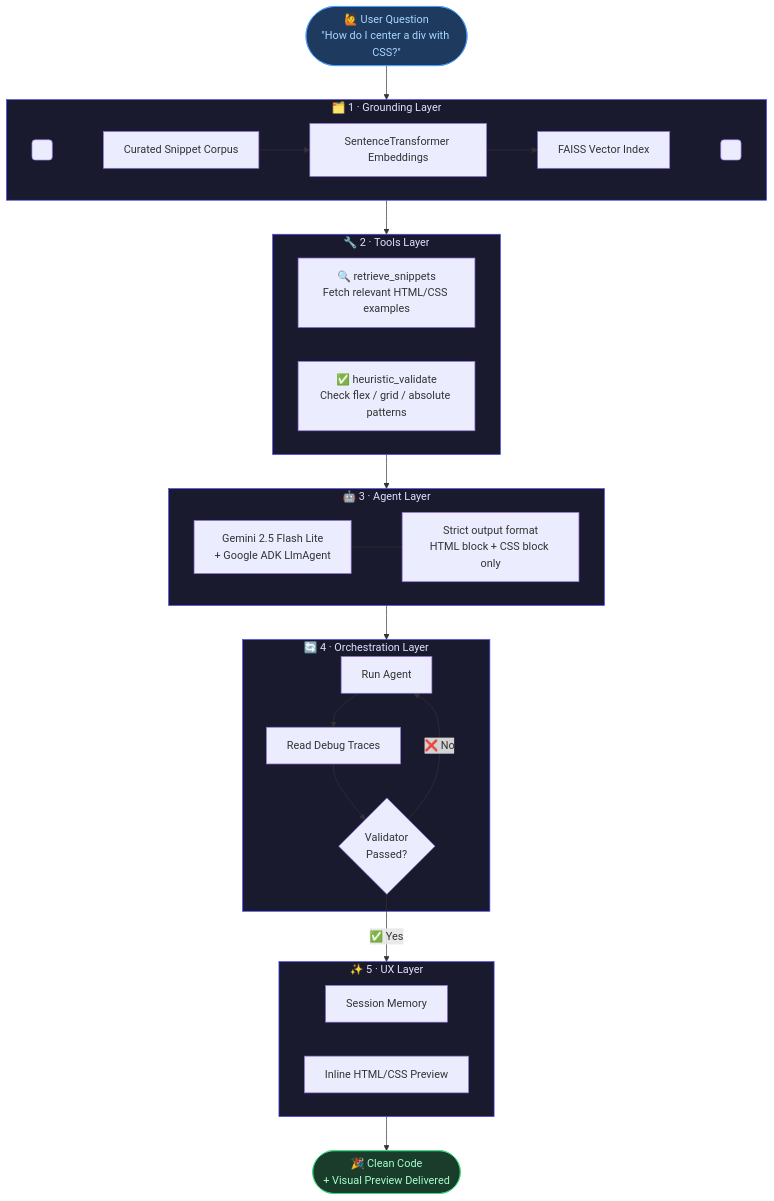
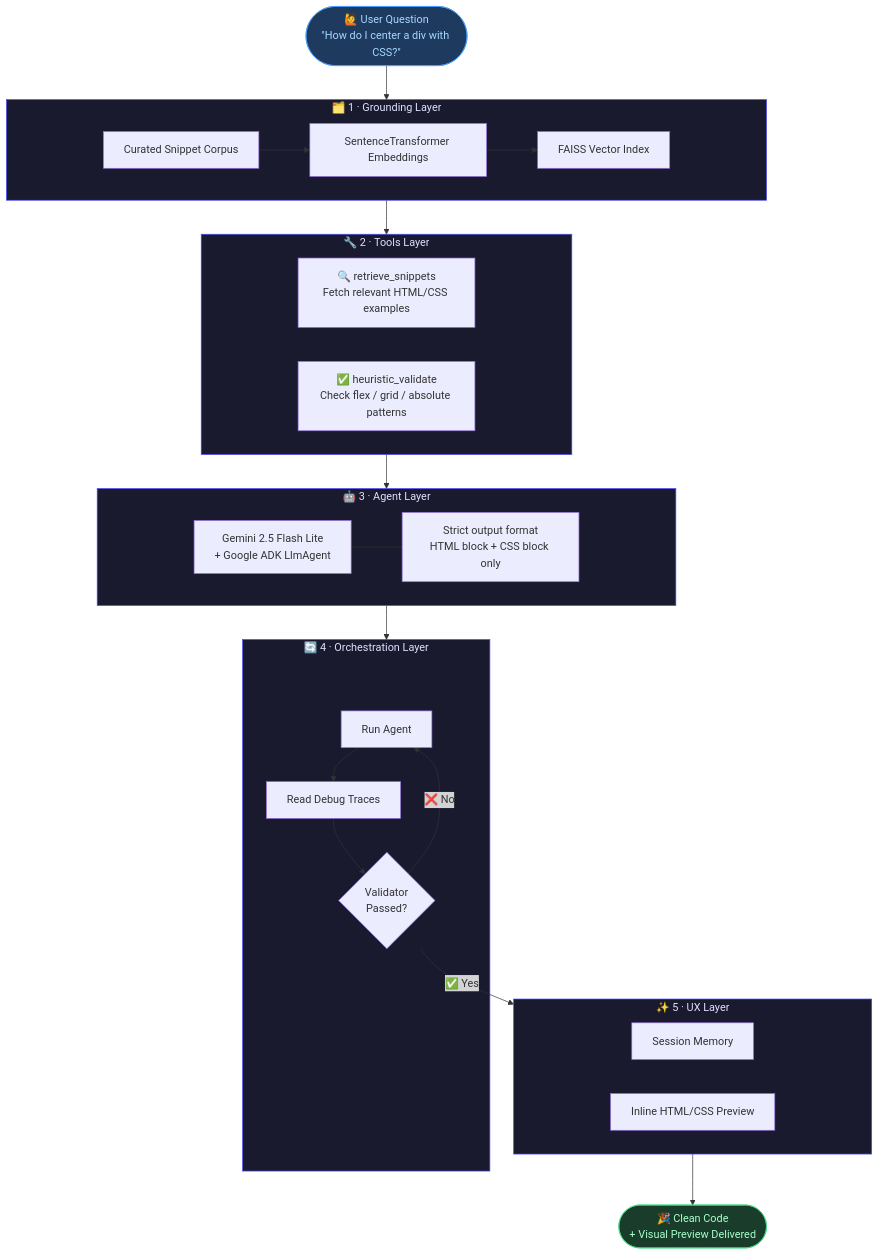
Before and after one commit to Arbaz9234/frontend-tutor-agent: the diagram in README.md, drawn with Mermaid.

````diff
--- a/README.md
+++ b/README.md
@@ -63,57 +63,69 @@
 ```mermaid
 flowchart TD
     Q([🙋 User Question\n&quot;How do I center a div with CSS?&quot;])
-    
+ 
     Q --> G
  
     subgraph G ["🗂️  1 · Grounding Layer"]
         GT(" "):::spacer
         G1[Curated Snippet Corpus]
         G2[SentenceTransformer Embeddings]
         G3[FAISS Vector Index]
         GB(" "):::spacer
         GT ~~~ G1 --> G2 --> G3 ~~~ GB
     end
-
+ 
     G --> T
  
     subgraph T ["🔧  2 · Tools Layer"]
+        TT(" "):::spacer
         T1["🔍 retrieve_snippets\nFetch relevant HTML/CSS examples"]
         T2["✅ heuristic_validate\nCheck flex / grid / absolute patterns"]
+        TB(" "):::spacer
+        TT ~~~ T1 & T2 ~~~ TB
     end
  
     T --> A
  
     subgraph A ["🤖  3 · Agent Layer"]
+        AT(" "):::spacer
         A1["Gemini 2.5 Flash Lite\n+ Google ADK LlmAgent"]
-        A2[Strict output format\nHTML block + CSS block only]
-        A1 --- A2
+        A2["Strict output format\nHTML block + CSS block only"]
+        AB(" "):::spacer
+        AT ~~~ A1 --- A2 ~~~ AB
     end
  
     A --> O
  
     subgraph O ["🔄  4 · Orchestration Layer"]
+        OT(" "):::spacer
         O1[Run Agent]
         O2[Read Debug Traces]
         O3{Validator\nPassed?}
-        O1 --> O2 --> O3
+        OB(" "):::spacer
+        OT ~~~ O1 --> O2 --> O3
         O3 -- ❌ No --> O1
+        O3 ~~~ OB
     end
  
     O3 -- ✅ Yes --> U
  
     subgraph U ["✨  5 · UX Layer"]
+        UT(" "):::spacer
         U1[Session Memory]
         U2[Inline HTML/CSS Preview]
+        UB(" "):::spacer
+        UT ~~~ U1 & U2 ~~~ UB
     end
  
     U --> R([🎉 Clean Code\n+ Visual Preview Delivered])
  
+    classDef spacer fill:none,stroke:none,color:transparent
     style Q fill:#1e3a5f,color:#a8d8ff,stroke:#4a9eff
     style R fill:#1a3d2b,color:#a8ffcc,stroke:#3ddc84
     style G fill:#1a1a2e,color:#e0e0ff,stroke:#4a4aff
     style T fill:#1a1a2e,color:#e0e0ff,stroke:#4a4aff
     style A fill:#1a1a2e,color:#e0e0ff,stroke:#4a4aff
     style O fill:#1a1a2e,color:#e0e0ff,stroke:#4a4aff
     style U fill:#1a1a2e,color:#e0e0ff,stroke:#4a4aff
 ```
````
